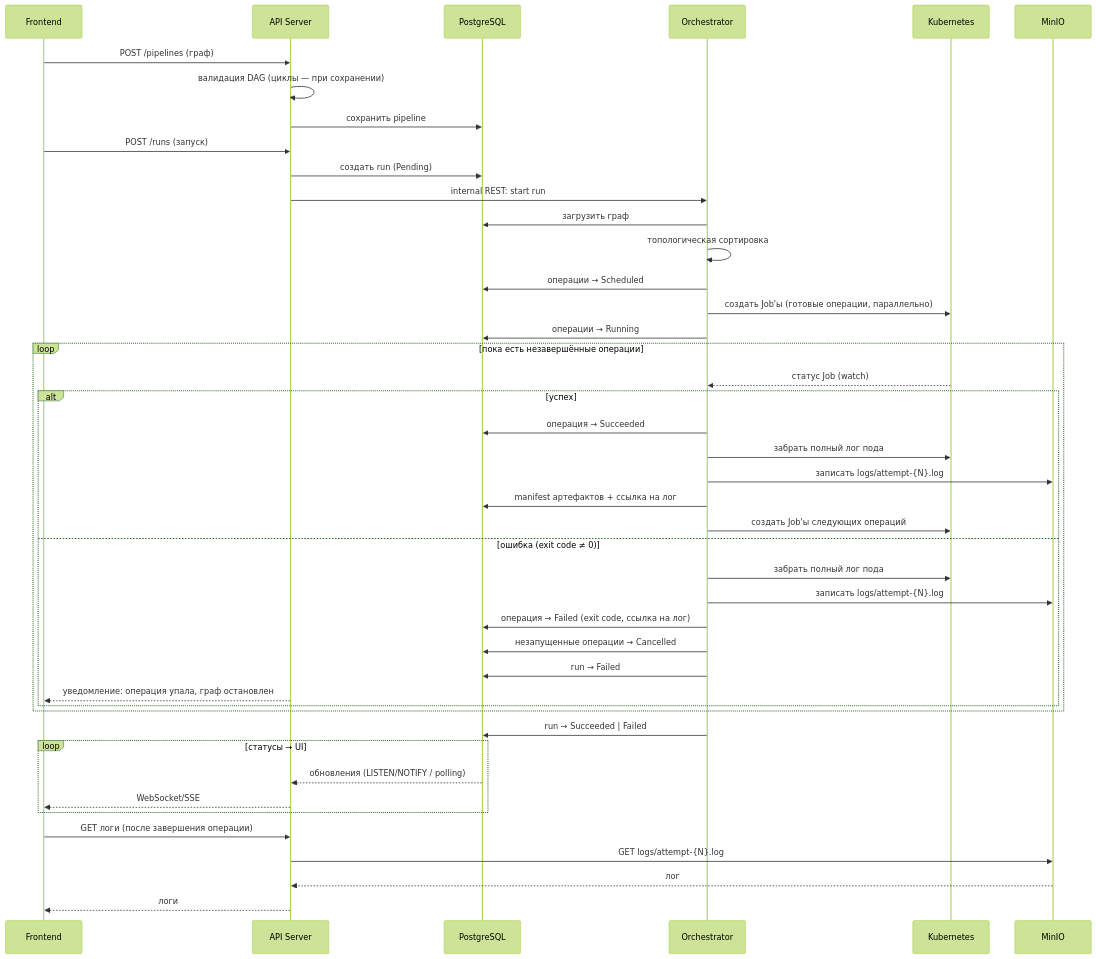
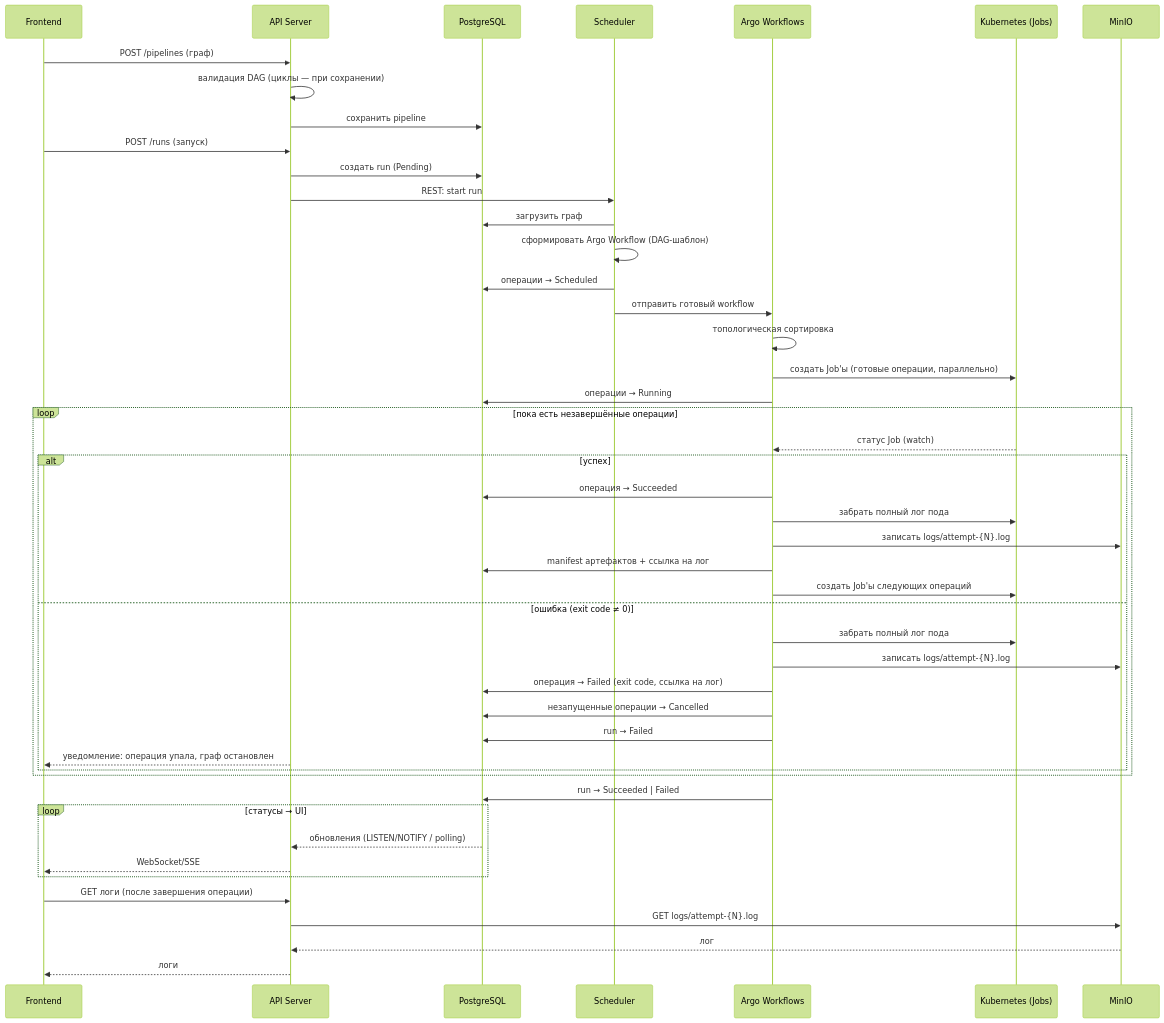
Before and after one commit to AnarCom/p-graph: the second of 3 diagrams in README.md, drawn with Mermaid (forest theme). The commit also changed other lines of this file, not shown here.

Commit message:
docs: update architecture

````diff
--- a/README.md
+++ b/README.md
@@ -148,53 +147,57 @@
 ```mermaid
 sequenceDiagram
     participant UI as Frontend
     participant API as API Server
     participant DB as PostgreSQL
-    participant ORCH as Orchestrator
-    participant K8s as Kubernetes
+    participant Sched as Scheduler
+    participant ARGO as Argo Workflows
+    participant K8s as Kubernetes (Jobs)
     participant S3 as MinIO
 
     UI->>API: POST /pipelines (граф)
     API->>API: валидация DAG (циклы — при сохранении)
     API->>DB: сохранить pipeline
 
     UI->>API: POST /runs (запуск)
     API->>DB: создать run (Pending)
-    API->>ORCH: internal REST: start run
+    API->>Sched: REST: start run
 
-    ORCH->>DB: загрузить граф
-    ORCH->>ORCH: топологическая сортировка
-    ORCH->>DB: операции → Scheduled
-    ORCH->>K8s: создать Job'ы (готовые операции, параллельно)
-    ORCH->>DB: операции → Running
+    Sched->>DB: загрузить граф
+    Sched->>Sched: сформировать Argo Workflow (DAG-шаблон)
+    Sched->>DB: операции → Scheduled
+    Sched->>ARGO: отправить готовый workflow
+
+    ARGO->>ARGO: топологическая сортировка
+    ARGO->>K8s: создать Job'ы (готовые операции, параллельно)
+    ARGO->>DB: операции → Running
 
     loop пока есть незавершённые операции
-        K8s-->>ORCH: статус Job (watch)
+        K8s-->>ARGO: статус Job (watch)
         alt успех
-            ORCH->>DB: операция → Succeeded
-            ORCH->>K8s: забрать полный лог пода
-            ORCH->>S3: записать logs/attempt-{N}.log
-            ORCH->>DB: manifest артефактов + ссылка на лог
-            ORCH->>K8s: создать Job'ы следующих операций
+            ARGO->>DB: операция → Succeeded
+            ARGO->>K8s: забрать полный лог пода
+            ARGO->>S3: записать logs/attempt-{N}.log
+            ARGO->>DB: manifest артефактов + ссылка на лог
+            ARGO->>K8s: создать Job'ы следующих операций
         else ошибка (exit code ≠ 0)
-            ORCH->>K8s: забрать полный лог пода
-            ORCH->>S3: записать logs/attempt-{N}.log
-            ORCH->>DB: операция → Failed (exit code, ссылка на лог)
-            ORCH->>DB: незапущенные операции → Cancelled
-            ORCH->>DB: run → Failed
+            ARGO->>K8s: забрать полный лог пода
+            ARGO->>S3: записать logs/attempt-{N}.log
+            ARGO->>DB: операция → Failed (exit code, ссылка на лог)
+            ARGO->>DB: незапущенные операции → Cancelled
+            ARGO->>DB: run → Failed
             API-->>UI: уведомление: операция упала, граф остановлен
         end
     end
 
-    ORCH->>DB: run → Succeeded | Failed
+    ARGO->>DB: run → Succeeded | Failed
 
     loop статусы → UI
         DB-->>API: обновления (LISTEN/NOTIFY / polling)
         API-->>UI: WebSocket/SSE
     end
 
     UI->>API: GET логи (после завершения операции)
     API->>S3: GET logs/attempt-{N}.log
     S3-->>API: лог
     API-->>UI: логи
 ```
````
